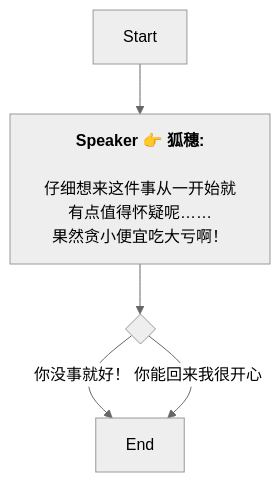
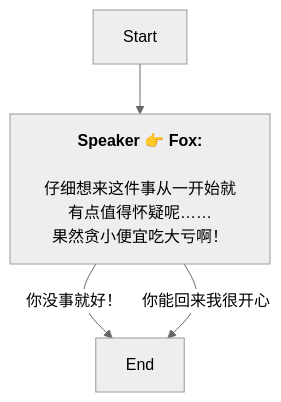
The diagram in Zh/QuestStartTalkENode_1739146114390373.md (SoftHu/tos_avg), drawn with Mermaid (neutral theme) before and after one commit. The commit also changed 737 other files, not shown here.

````diff
--- a/Zh/QuestStartTalkENode_1739146114390373.md
+++ b/Zh/QuestStartTalkENode_1739146114390373.md
@@ -1,11 +1,9 @@
 ```mermaid
 graph
-Start -->1770679271752837[<b>Speaker 👉 狐穗:</b>
+Start -->1770679271752837[<b>Speaker 👉 Fox:</b>
+\n仔细想来这件事从一开始就有点值得怀疑呢……
+果然贪小便宜吃大亏啊！]
+1770679271752837 -->|你没事就好！|1739146289998191[End]
+1770679271752837 -->|你能回来我很开心|1739146289998191[End]
 
-仔细想来这件事从一开始就有点值得怀疑呢……
-果然贪小便宜吃大亏啊！]
-1770679271752837 -->1739146227714409{ }
-1739146227714409 -->|你没事就好！|1739146289998191[End]
-1739146227714409 -->|你能回来我很开心|1739146289998191[End]
-
- ```
+```
````
